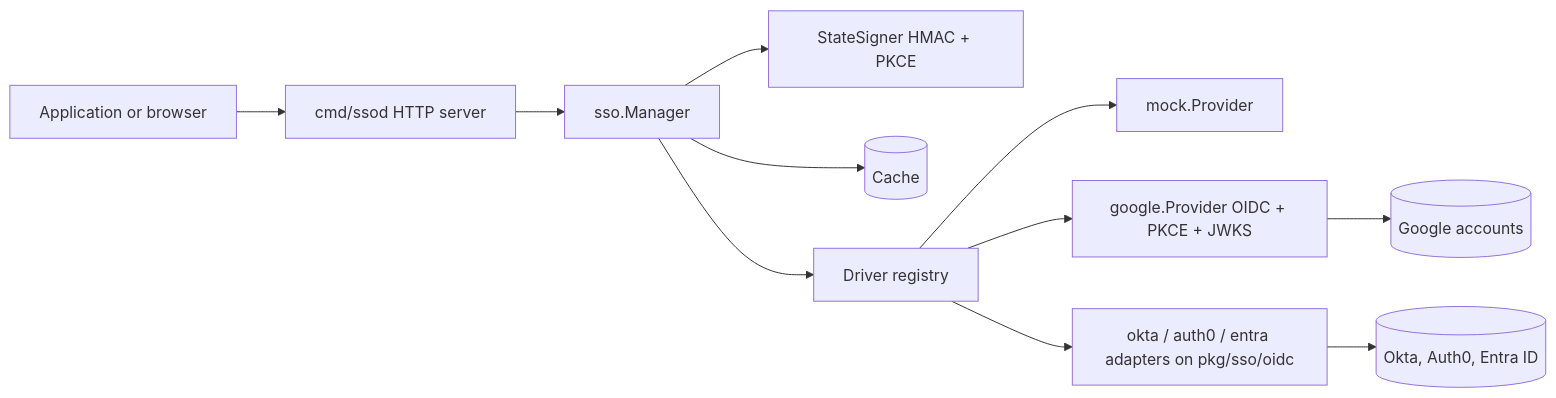
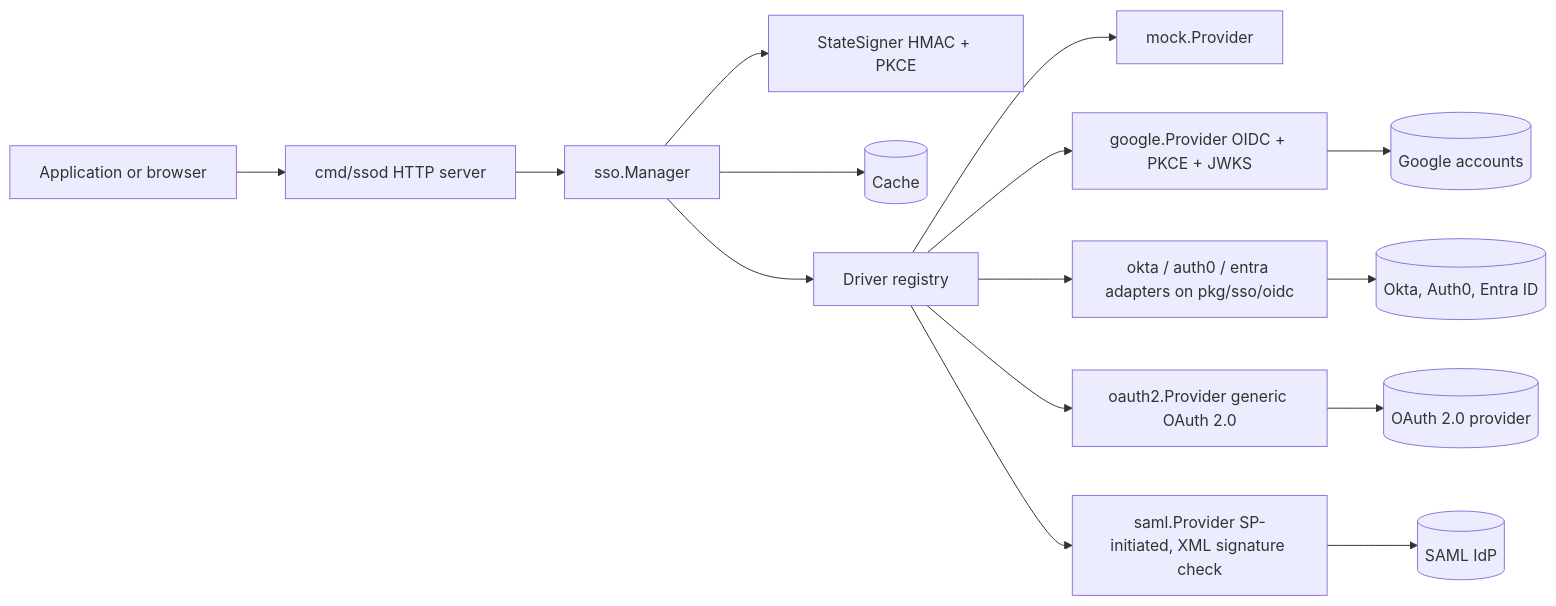
Before and after one commit to aairom/universal-sso: the first of 2 diagrams in README.md, drawn with Mermaid. The commit also changed 6 other files, not shown here.

````diff
--- a/README.md
+++ b/README.md
@@ -9,13 +9,17 @@
 ```mermaid
 flowchart LR
     App[Application or browser] --> H[cmd/ssod HTTP server]
     H --> M[sso.Manager]
     M --> S[StateSigner HMAC + PKCE]
     M --> C[(Cache)]
     M --> R[Driver registry]
     R --> P1[mock.Provider]
     R --> P3[google.Provider OIDC + PKCE + JWKS]
     P3 --> G[(Google accounts)]
     R --> P2[okta / auth0 / entra adapters on pkg/sso/oidc]
     P2 --> I[(Okta, Auth0, Entra ID)]
+    R --> P4[oauth2.Provider generic OAuth 2.0]
+    P4 --> O[(OAuth 2.0 provider)]
+    R --> P5[saml.Provider SP-initiated, XML signature check]
+    P5 --> D[(SAML IdP)]
 ```
````
